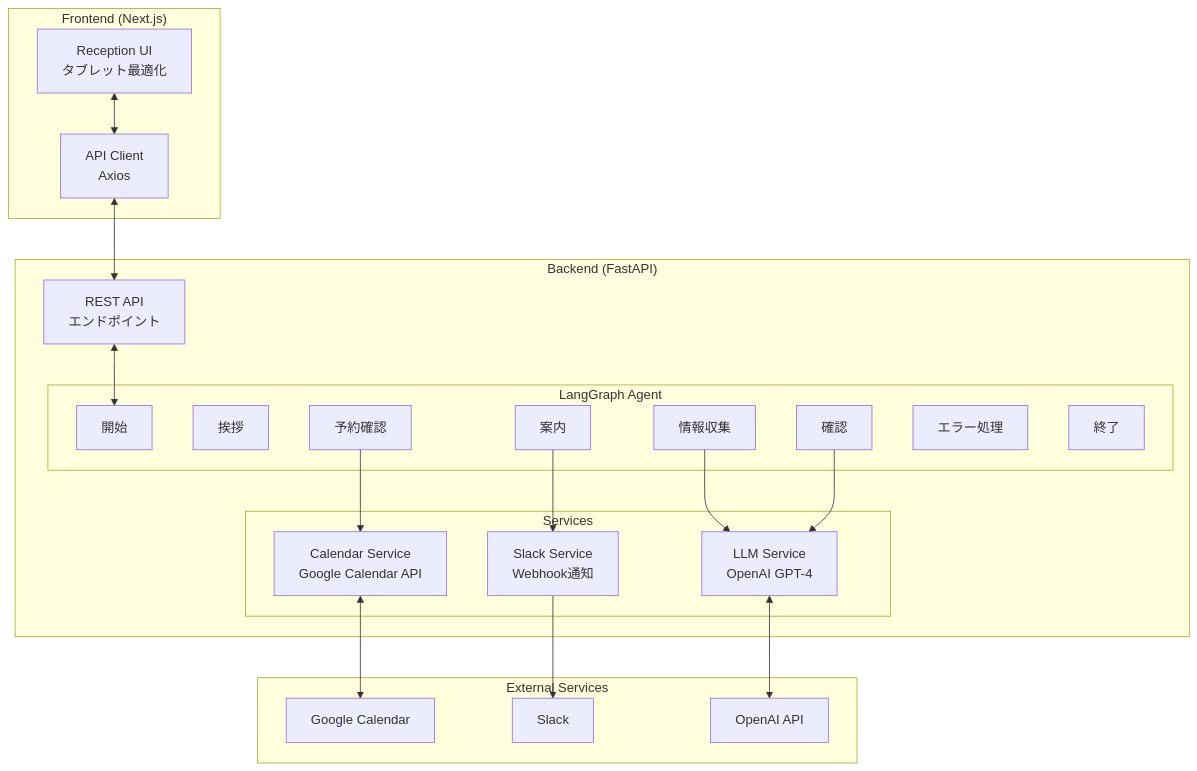
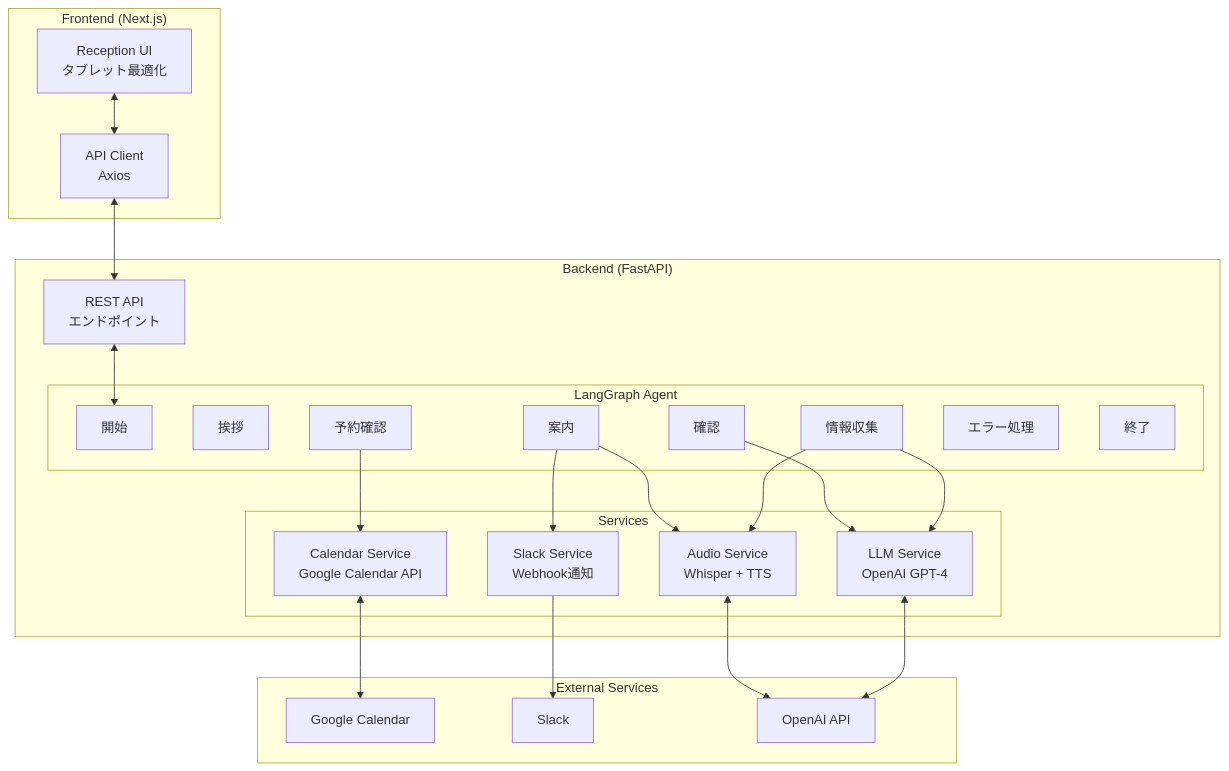
Before and after one commit to hossiiii/ai-reception: the first of 4 diagrams in README.md, drawn with Mermaid. The commit also changed other lines of this file and 3 other files, not shown here.

````diff
--- a/README.md
+++ b/README.md
@@ -371,47 +410,51 @@
 ```mermaid
 graph TB
     subgraph "Frontend (Next.js)"
         UI[Reception UI<br/>タブレット最適化]
         API_Client[API Client<br/>Axios]
     end
     
     subgraph "Backend (FastAPI)"
         REST[REST API<br/>エンドポイント]
         
         subgraph "LangGraph Agent"
             Start[開始]
             Greeting[挨拶]
             CollectInfo[情報収集]
             Confirmation[確認]
             CalendarCheck[予約確認]
             Guidance[案内]
             Error[エラー処理]
             End[終了]
         end
         
         subgraph "Services"
             CalendarService[Calendar Service<br/>Google Calendar API]
             SlackService[Slack Service<br/>Webhook通知]
             LLMService[LLM Service<br/>OpenAI GPT-4]
+            AudioService[Audio Service<br/>Whisper + TTS]
         end
     end
     
     subgraph "External Services"
         Google[Google Calendar]
         Slack[Slack]
         OpenAI[OpenAI API]
     end
     
     UI <--> API_Client
     API_Client <--> REST
     REST <--> Start
     
     CalendarCheck --> CalendarService
     Guidance --> SlackService
     CollectInfo --> LLMService
     Confirmation --> LLMService
+    CollectInfo --> AudioService
+    Guidance --> AudioService
     
     CalendarService <--> Google
     SlackService --> Slack
     LLMService <--> OpenAI
+    AudioService <--> OpenAI
 ```
````
